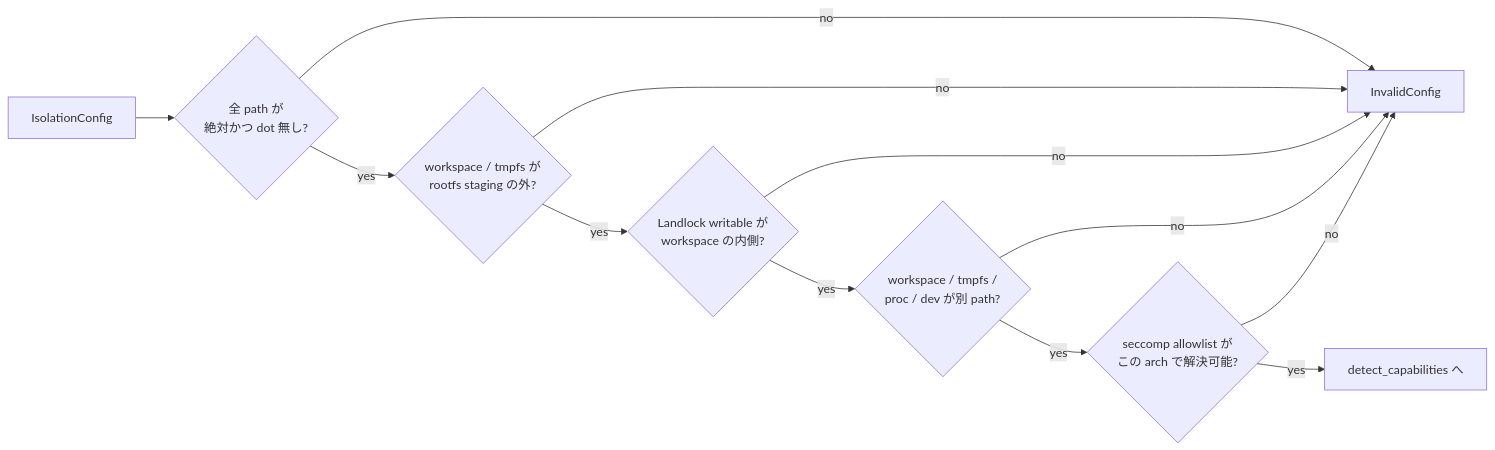
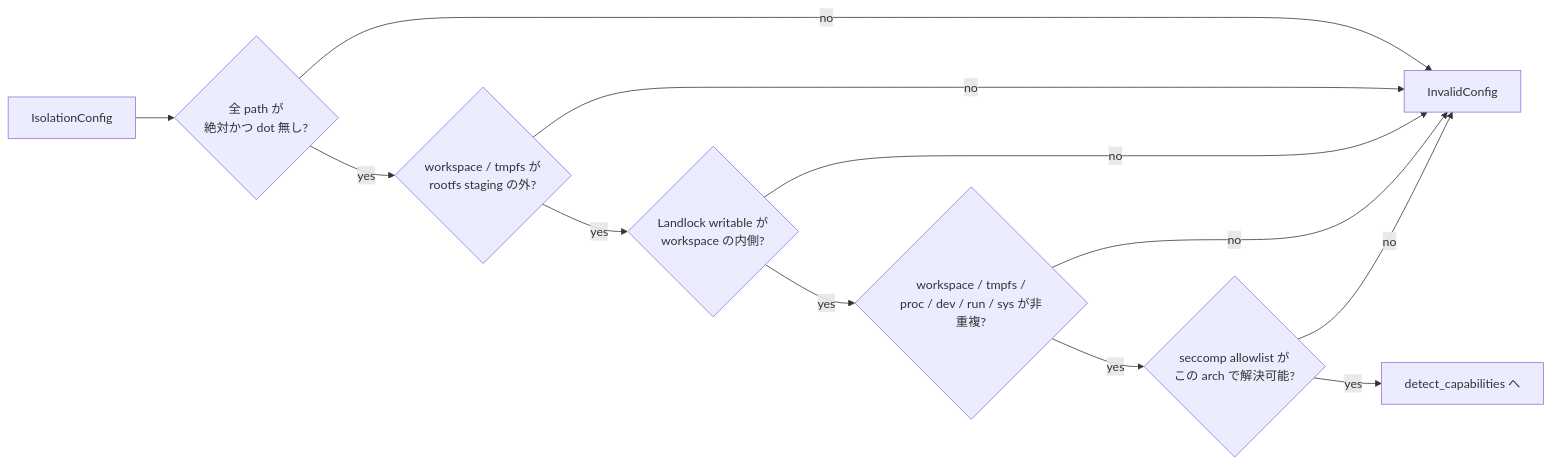
The diagram in docs/runtime-isolation/isolation-config.md (Aqua-218/SecCamp-AIAgent), drawn with Mermaid before and after one commit. The commit also changed other lines of this file, not shown here.

````diff
--- a/docs/runtime-isolation/isolation-config.md
+++ b/docs/runtime-isolation/isolation-config.md
@@ -44,14 +44,14 @@
 ```mermaid
 flowchart LR
     cfg["IsolationConfig"] --> paths{"全 path が<br/>絶対かつ dot 無し?"}
     paths -->|no| deny["InvalidConfig"]
     paths -->|yes| stage{"workspace / tmpfs が<br/>rootfs staging の外?"}
     stage -->|no| deny
     stage -->|yes| ll{"Landlock writable が<br/>workspace の内側?"}
     ll -->|no| deny
-    ll -->|yes| dup{"workspace / tmpfs /<br/>proc / dev が別 path?"}
+    ll -->|yes| dup{"workspace / tmpfs /<br/>proc / dev / run / sys が非重複?"}
     dup -->|no| deny
     dup -->|yes| sec{"seccomp allowlist が<br/>この arch で解決可能?"}
     sec -->|no| deny
     sec -->|yes| ok["detect_capabilities へ"]
 ```
````
